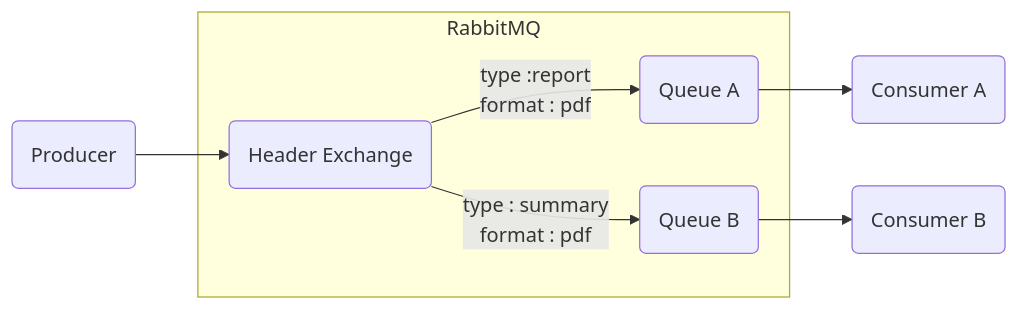
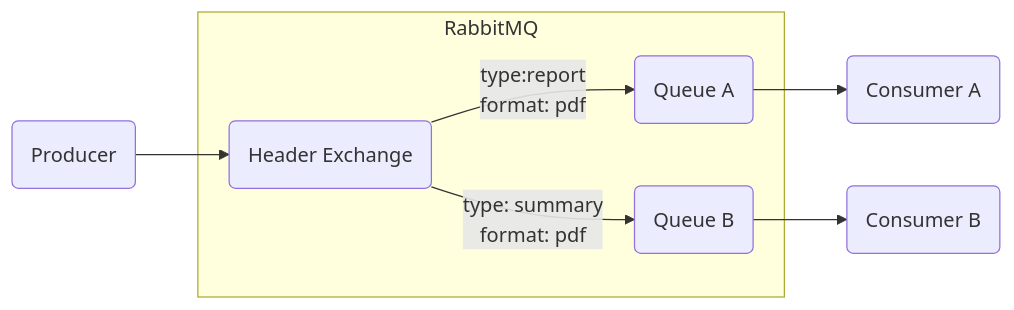
The seventh of 9 diagrams in internet-of-things/material/3-message-broker.md (Komandro-CCIT/Komandro-Archive), drawn with Mermaid before and after one commit. The commit also changed other lines of this file and 2 other files, not shown here.

````diff
--- a/internet-of-things/material/3-message-broker.md
+++ b/internet-of-things/material/3-message-broker.md
@@ -128,12 +167,12 @@
 ```mermaid
 graph LR
     P(Producer) --> E(Header Exchange)
     subgraph RabbitMQ
-        E -- type :report
-        format : pdf --> Q(Queue A)
-        E -- type : summary
-        format : pdf --> Q2(Queue B)
+        E -- type:report
+        format: pdf --> Q(Queue A)
+        E -- type: summary
+        format: pdf --> Q2(Queue B)
     end
     Q --> C(Consumer A)
     Q2 --> C2(Consumer B)
 ```
````
